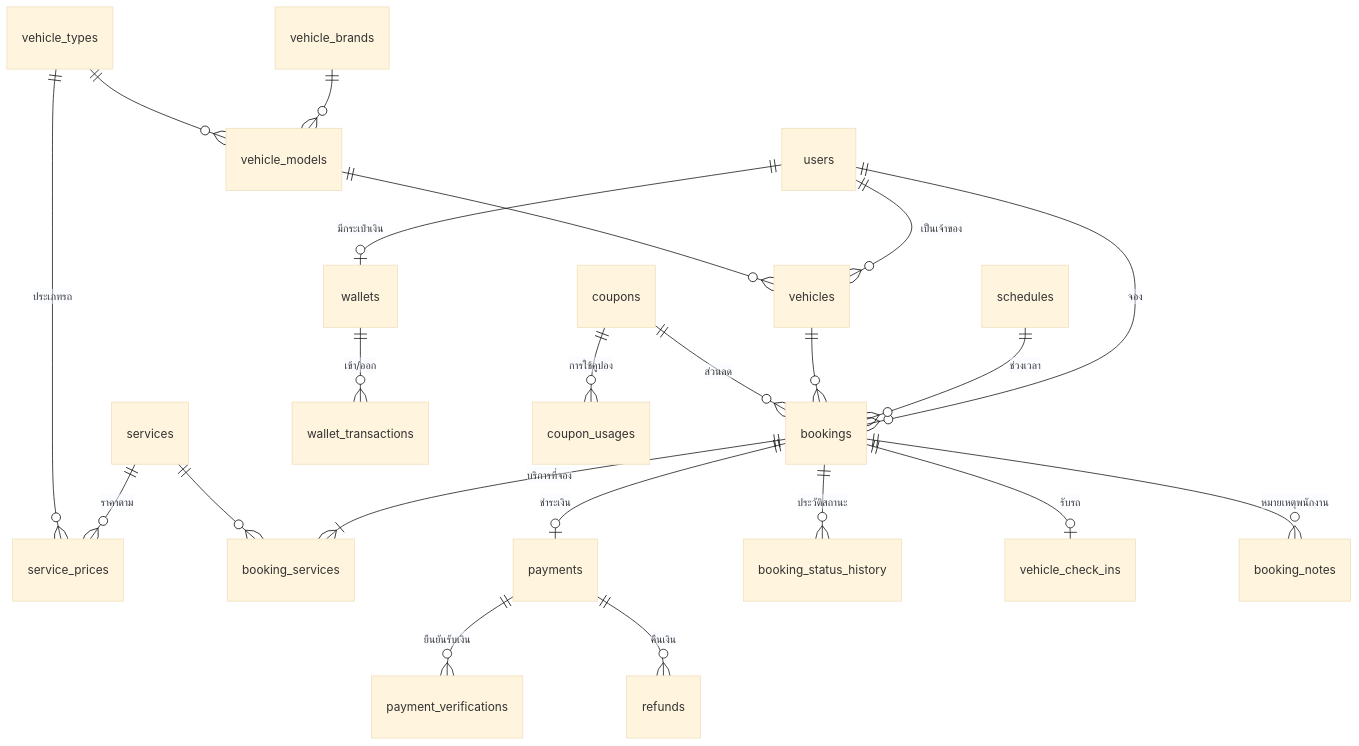
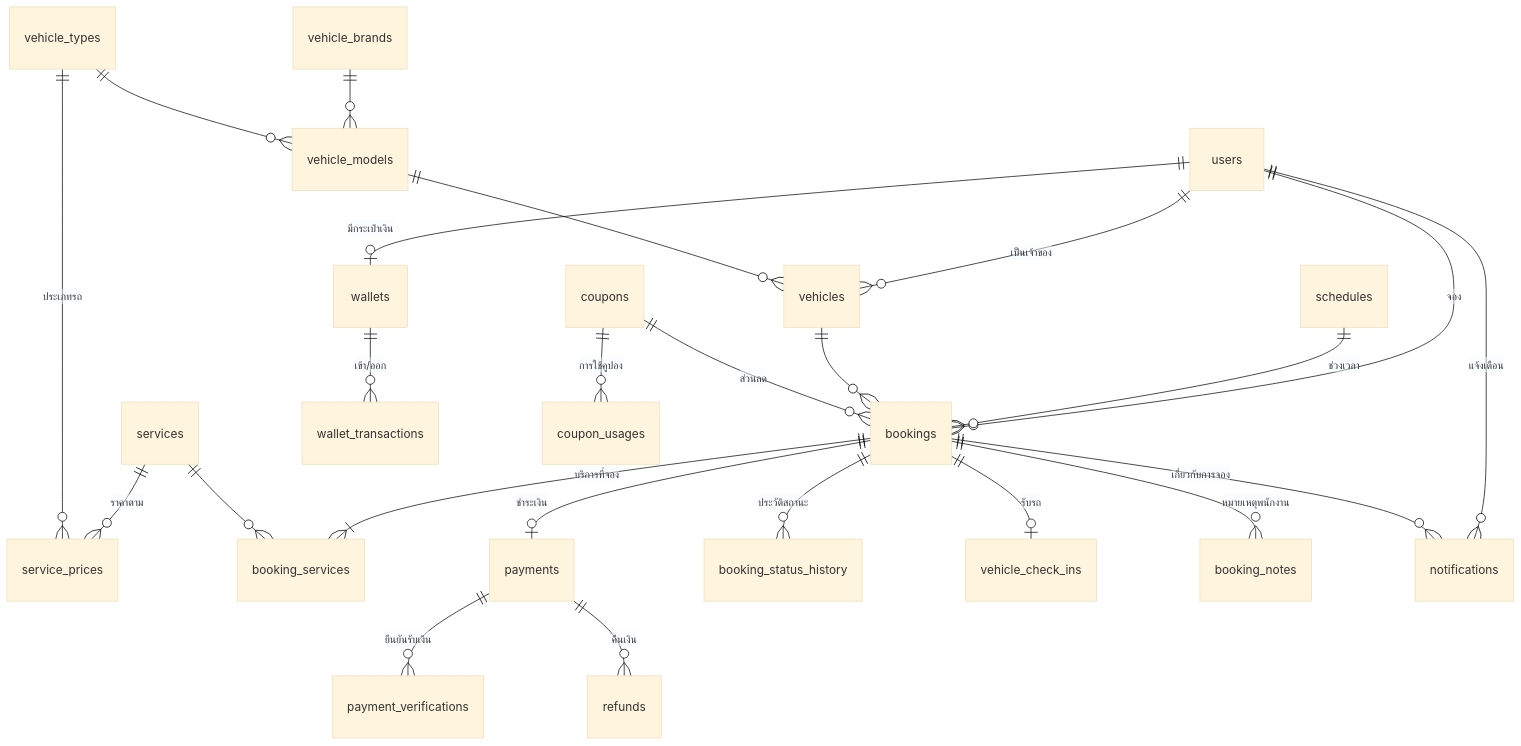
The third of 3 diagrams in README.md (chetakit/Car-care), drawn with Mermaid (base theme) before and after one commit. The commit also changed other lines of this file and 25 other files, not shown here.

````diff
--- a/README.md
+++ b/README.md
@@ -278,24 +286,26 @@
 ```mermaid
 erDiagram
   users ||--o{ vehicles : "เป็นเจ้าของ"
   users ||--o{ bookings : "จอง"
   users ||--o| wallets : "มีกระเป๋าเงิน"
   vehicle_brands ||--o{ vehicle_models : ""
   vehicle_types ||--o{ vehicle_models : ""
   vehicle_models ||--o{ vehicles : ""
   services ||--o{ service_prices : "ราคาตาม"
   vehicle_types ||--o{ service_prices : "ประเภทรถ"
   schedules ||--o{ bookings : "ช่วงเวลา"
   vehicles ||--o{ bookings : ""
   coupons ||--o{ bookings : "ส่วนลด"
   bookings ||--|{ booking_services : "บริการที่จอง"
   services ||--o{ booking_services : ""
   bookings ||--o| payments : "ชำระเงิน"
   payments ||--o{ payment_verifications : "ยืนยันรับเงิน"
   payments ||--o{ refunds : "คืนเงิน"
   wallets ||--o{ wallet_transactions : "เข้า/ออก"
   bookings ||--o{ booking_status_history : "ประวัติสถานะ"
   bookings ||--o| vehicle_check_ins : "รับรถ"
   bookings ||--o{ booking_notes : "หมายเหตุพนักงาน"
   coupons ||--o{ coupon_usages : "การใช้คูปอง"
+  users ||--o{ notifications : "แจ้งเตือน"
+  bookings ||--o{ notifications : "เกี่ยวกับการจอง"
 ```
````
